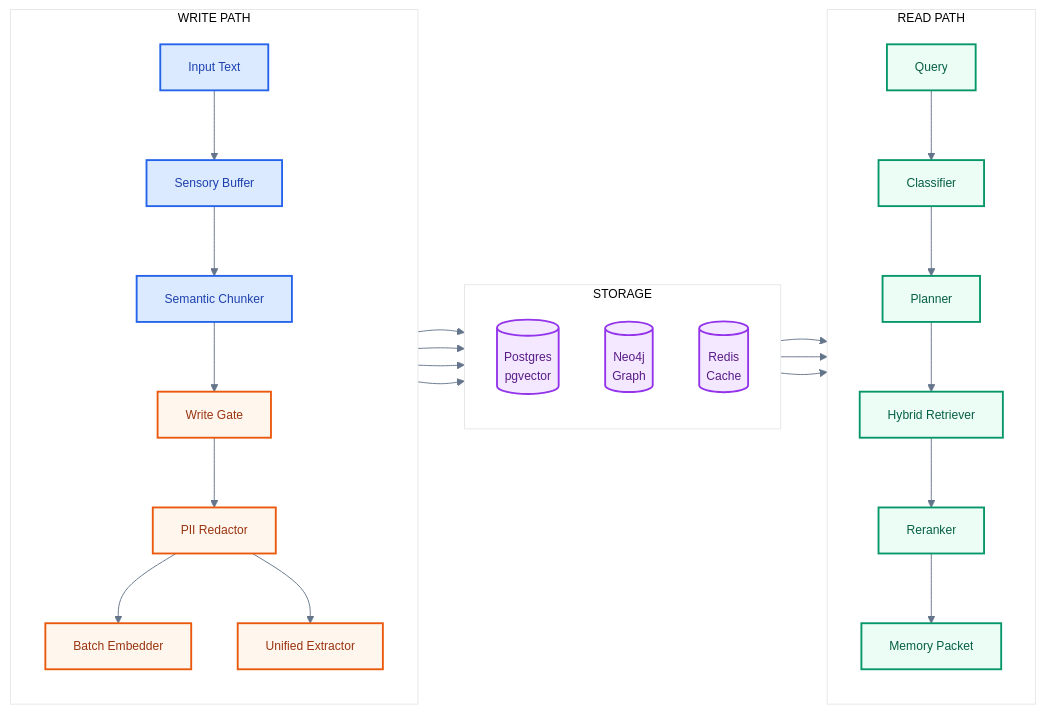
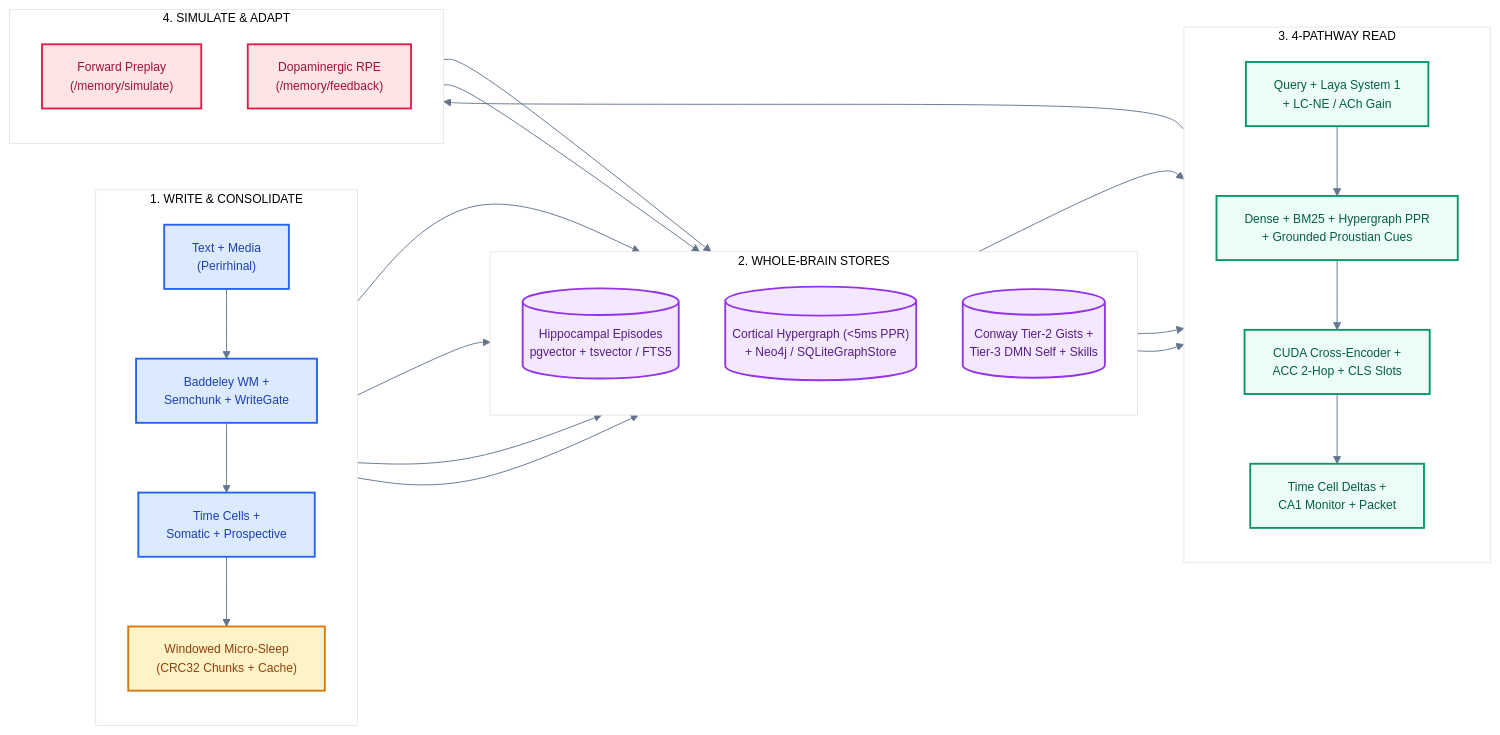
Before and after one commit to avinash-mall/CognitiveMemoryLayer: the second of 2 diagrams in README.md, drawn with Mermaid. The commit also changed other lines of this file and 4 other files, not shown here.

Commit message:
docs(readme): overhaul README for CML v3.0 Whole-Brain Architecture and fix standalone py-cml CI + cu128 pin

````diff
--- a/README.md
+++ b/README.md
@@ -181,48 +207,51 @@
 ```mermaid
 %%{init: {'theme': 'base', 'themeVariables': {'primaryColor': '#F8FAFC', 'primaryTextColor': '#0F172A', 'primaryBorderColor': '#475569', 'lineColor': '#64748B', 'fontSize': '13px'}}}%%
 flowchart LR
     classDef write fill:#dbeafe,stroke:#2563eb,stroke-width:2px,color:#1e40af
-    classDef process fill:#fff7ed,stroke:#ea580c,stroke-width:2px,color:#9a3412
+    classDef sleep fill:#fef3c7,stroke:#d97706,stroke-width:2px,color:#92400e
     classDef store fill:#f3e8ff,stroke:#9333ea,stroke-width:2px,color:#581c87
     classDef read fill:#ecfdf5,stroke:#059669,stroke-width:2px,color:#065f46
+    classDef loop fill:#ffe4e6,stroke:#e11d48,stroke-width:2px,color:#9f1239
 
-    subgraph Write ["WRITE PATH"]
+    subgraph Encode ["1. WRITE & CONSOLIDATE"]
         direction TB
-        W1["Input Text"]:::write
-        W2["Sensory Buffer"]:::write
-        W3["Semantic Chunker"]:::write
-        W4["Write Gate"]:::process
-        W5["PII Redactor"]:::process
-        W6["Batch Embedder"]:::process
-        W7["Unified Extractor"]:::process
-        W1 --> W2 --> W3 --> W4 --> W5
-        W5 --> W6
-        W5 --> W7
+        W1["Text + Media\n(Perirhinal)"]:::write
+        W2["Baddeley WM +\nSemchunk + WriteGate"]:::write
+        W3["Time Cells +\nSomatic + Prospective"]:::write
+        C1["Windowed Micro-Sleep\n(CRC32 Chunks + Cache)"]:::sleep
+        W1 --> W2 --> W3 --> C1
     end
 
-    subgraph Store ["STORAGE"]
+    subgraph BrainStore ["2. WHOLE-BRAIN STORES"]
         direction TB
-        S1[("Postgres\npgvector")]:::store
-        S2[("Neo4j\nGraph")]:::store
-        S3[("Redis\nCache")]:::store
+        S1[("Hippocampal Episodes\npgvector + tsvector / FTS5")]:::store
+        S2[("Cortical Hypergraph (<5ms PPR)\n+ Neo4j / SQLiteGraphStore")]:::store
+        S3[("Conway Tier-2 Gists +\nTier-3 DMN Self + Skills")]:::store
     end
 
-    subgraph Read ["READ PATH"]
+    subgraph Ecphory ["3. 4-PATHWAY READ"]
         direction TB
-        R1["Query"]:::read
-        R2["Classifier"]:::read
-        R3["Planner"]:::read
-        R4["Hybrid Retriever"]:::read
-        R5["Reranker"]:::read
-        R6["Memory Packet"]:::read
-        R1 --> R2 --> R3 --> R4 --> R5 --> R6
+        R1["Query + Laya System 1\n+ LC-NE / ACh Gain"]:::read
+        R2["Dense + BM25 + Hypergraph PPR\n+ Grounded Proustian Cues"]:::read
+        R3["CUDA Cross-Encoder +\nACC 2-Hop + CLS Slots"]:::read
+        R4["Time Cell Deltas +\nCA1 Monitor + Packet"]:::read
+        R1 --> R2 --> R3 --> R4
     end
 
-    W6 --> S1
-    W7 --> S1
-    W7 --> S2
-    W7 --> S3
-    S1 --> R4
-    S2 --> R4
-    S3 --> R4
+    subgraph ActionLoop ["4. SIMULATE & ADAPT"]
+        direction TB
+        A1["Forward Preplay\n(/memory/simulate)"]:::loop
+        A2["Dopaminergic RPE\n(/memory/feedback)"]:::loop
+    end
+
+    W3 --> S1
+    C1 --> S1
+    C1 --> S2
+    C1 --> S3
+    S1 --> R2
+    S2 --> R2
+    S3 --> R2
+    R4 --> A1
+    A2 --> S2
+    A2 --> S3
 ```
````
